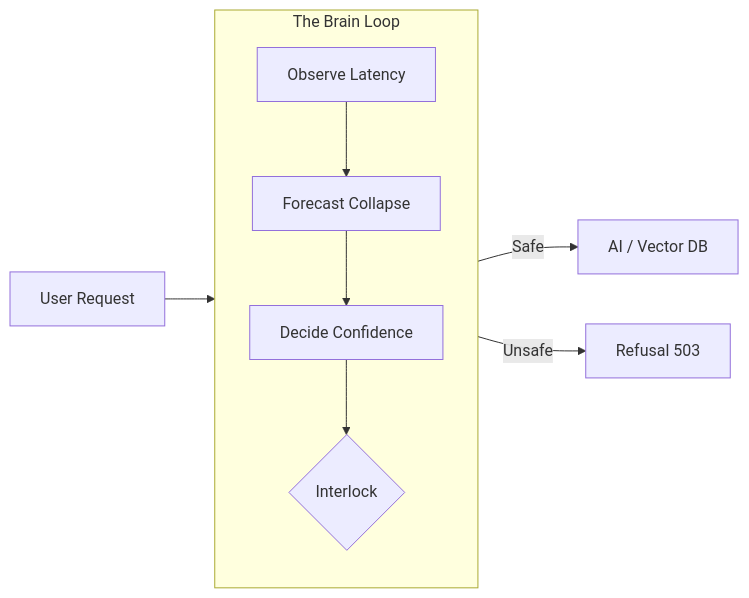
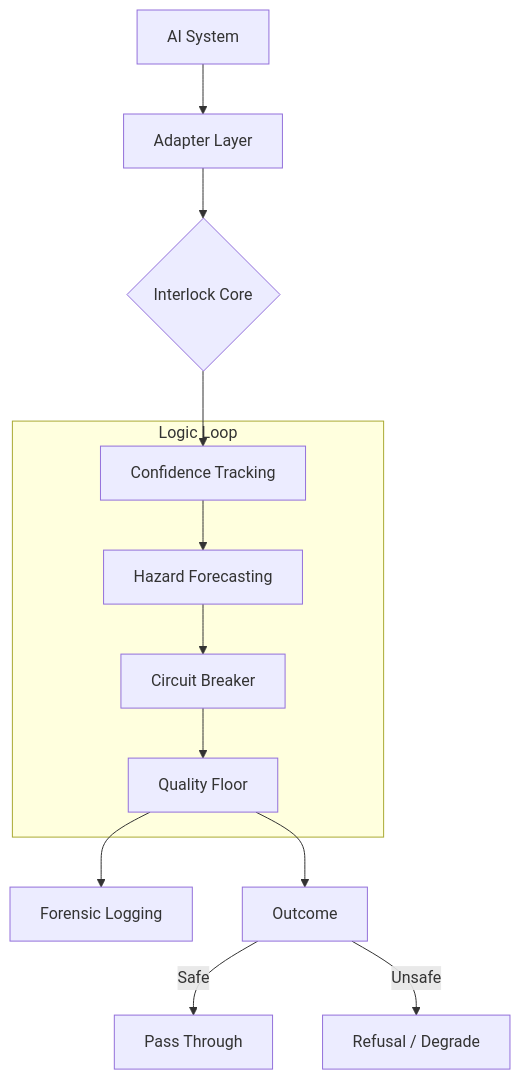
One commit to CULPRITCHAOS/Interlock changed the diagram in README.md. Above: the diagram before and after it, drawn with Mermaid. The commit also changed other lines of this file, not shown here.

Commit message:
docs: sharpen readme with evidence, architecture diagram, and impact table

````diff
--- a/README.md
+++ b/README.md
@@ -23,13 +22,21 @@
 ```mermaid
-graph LR
-    A[User Request] --> B{Interlock}
-    B -- Safe --> C[AI / Vector DB]
-    B -- Unsafe --> D[Refusal 503]
+graph TD
+    A[AI System] --> B[Adapter Layer]
+    B --> C{Interlock Core}
     
-    subgraph Brain [The Brain Loop]
-    direction TB
-    E[Observe Latency] --> F[Forecast Collapse]
-    F --> G[Decide Confidence]
-    G --> B
+    subgraph Core [Logic Loop]
+    D[Confidence Tracking]
+    E[Hazard Forecasting]
+    F[Circuit Breaker]
+    G[Quality Floor]
     end
+    
+    C --> D
+    D --> E --> F --> G
+    
+    G --> H[Forensic Logging]
+    G --> I[Outcome]
+    
+    I -- Safe --> J[Pass Through]
+    I -- Unsafe --> K[Refusal / Degrade]
 ```
````
